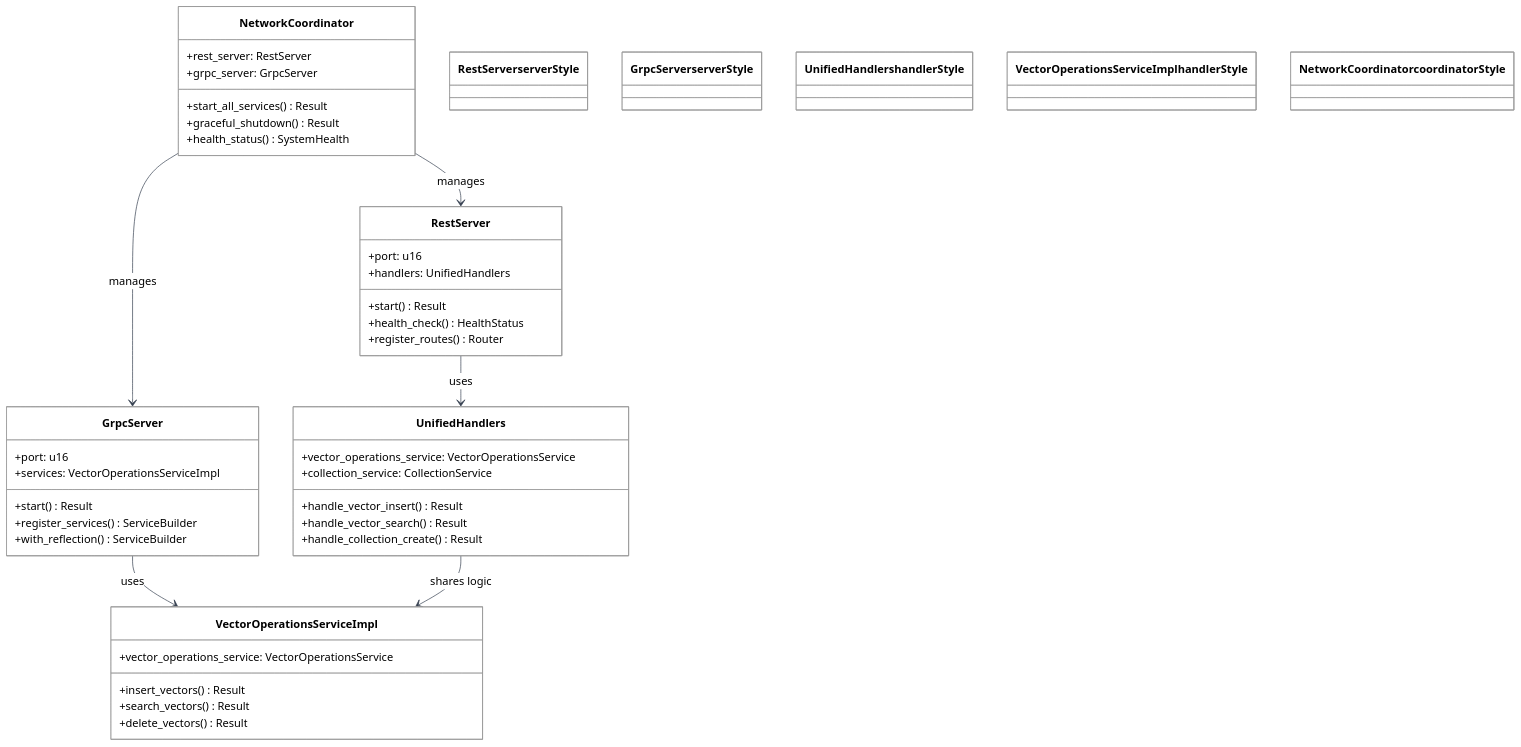
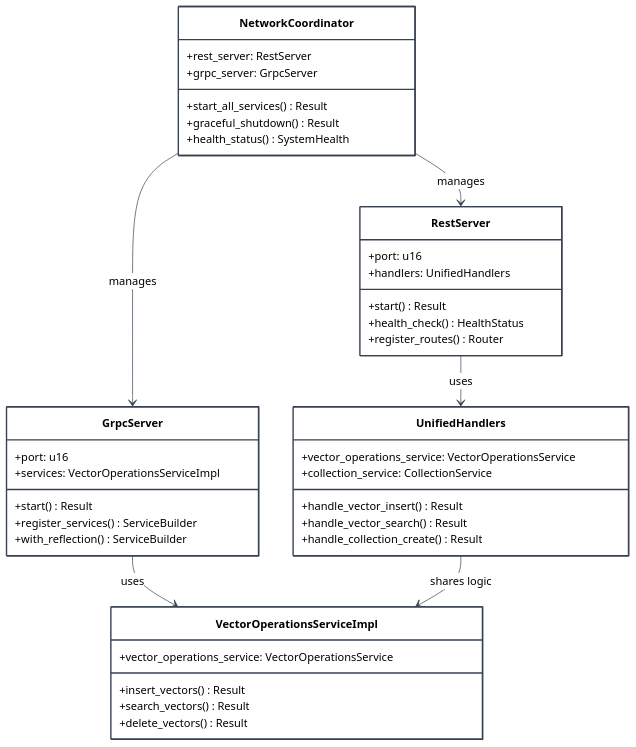
The diagram in docs/diagrams/network-services-detail-modular.mmd (vjsingh1984/proximaDB), drawn with Mermaid before and after one commit. The commit also changed 11 other files, not shown here.

First line of the commit message:
fix: resolve class diagram style syntax errors and add business overview

```diff
--- a/docs/diagrams/network-services-detail-modular.mmd
+++ b/docs/diagrams/network-services-detail-modular.mmd
@@ -1,58 +1,53 @@
 %%{init: {"theme":"neutral", "themeVariables": {"primaryColor":"#2563eb","primaryTextColor":"#000000","primaryBorderColor":"#1e40af","lineColor":"#374151","secondaryColor":"#10b981","secondaryTextColor":"#000000","tertiaryColor":"#f59e0b","tertiaryTextColor":"#000000","background":"#ffffff","mainBkg":"#ffffff","secondBkg":"#f8fafc","textColor":"#000000","nodeTextColor":"#000000","fontFamily":"Arial, sans-serif","fontSize":"16px","clusterBkg":"#f1f5f9","clusterBorder":"#374151","edgeLabelBackground":"#ffffff"}}}%%
 classDiagram
     class RestServer {
         +port: u16
         +handlers: UnifiedHandlers
         +start() Result
         +health_check() HealthStatus
         +register_routes() Router
     }
     
     class GrpcServer {
         +port: u16
         +services: VectorOperationsServiceImpl
         +start() Result
         +register_services() ServiceBuilder
         +with_reflection() ServiceBuilder
     }
     
     class UnifiedHandlers {
         +vector_operations_service: VectorOperationsService
         +collection_service: CollectionService
         +handle_vector_insert() Result
         +handle_vector_search() Result
         +handle_collection_create() Result
     }
     
     class VectorOperationsServiceImpl {
         +vector_operations_service: VectorOperationsService
         +insert_vectors() Result
         +search_vectors() Result
         +delete_vectors() Result
     }
     
     class NetworkCoordinator {
         +rest_server: RestServer
         +grpc_server: GrpcServer
         +start_all_services() Result
         +graceful_shutdown() Result
         +health_status() SystemHealth
     }
     
     %% Relationships
     RestServer --> UnifiedHandlers : uses
     GrpcServer --> VectorOperationsServiceImpl : uses
     NetworkCoordinator --> RestServer : manages
     NetworkCoordinator --> GrpcServer : manages
     UnifiedHandlers --> VectorOperationsServiceImpl : shares logic
     
     %% Browser-independent styling with explicit colors
-    classDef serverStyle fill:#e8f4fd,stroke:#1565c0,stroke-width:3px,color:#000000
-    classDef handlerStyle fill:#e8f5e8,stroke:#2e7d32,stroke-width:3px,color:#000000
-    classDef coordinatorStyle fill:#ffebee,stroke:#d32f2f,stroke-width:3px,color:#000000
-    
-    class RestServer serverStyle
-    class GrpcServer serverStyle
-    class UnifiedHandlers handlerStyle
-    class VectorOperationsServiceImpl handlerStyle
-    class NetworkCoordinator coordinatorStyle
+    classDef default fill:#ffffff,stroke:#374151,stroke-width:2px,color:#000000
+    classDef server fill:#e8f4fd,stroke:#1565c0,stroke-width:2px,color:#000000
+    classDef handler fill:#e8f5e8,stroke:#2e7d32,stroke-width:2px,color:#000000
+    classDef coordinator fill:#ffebee,stroke:#d32f2f,stroke-width:2px,color:#000000
```
